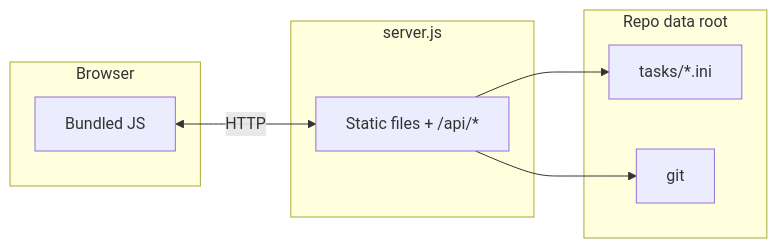
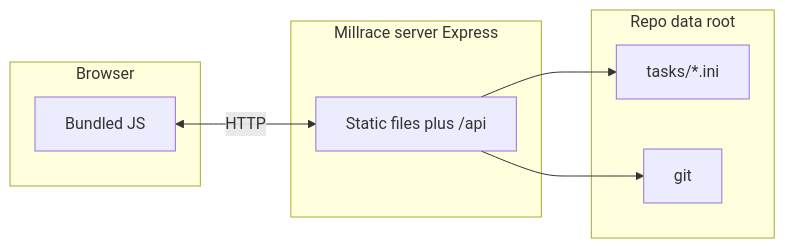
One commit to Steve-Fenton/millrace changed the second of 4 diagrams in README.md. Above: the diagram before and after it, drawn with Mermaid. The commit also changed other lines of this file and 22 other files, not shown here.

````diff
--- a/README.md
+++ b/README.md
@@ -27,16 +63,16 @@
 ```mermaid
 flowchart LR
   subgraph browser["Browser"]
     bundles["Bundled JS"]
   end
-  subgraph server["server.js"]
-    ex["Static files + /api/*"]
+  subgraph millraceServer["Millrace server Express"]
+    api["Static files plus /api"]
   end
   subgraph repo["Repo data root"]
     ini["tasks/*.ini"]
     git["git"]
   end
-  bundles <-->|"HTTP"| ex
-  ex --> ini
-  ex --> git
+  bundles <-->|"HTTP"| api
+  api --> ini
+  api --> git
 ```
````
